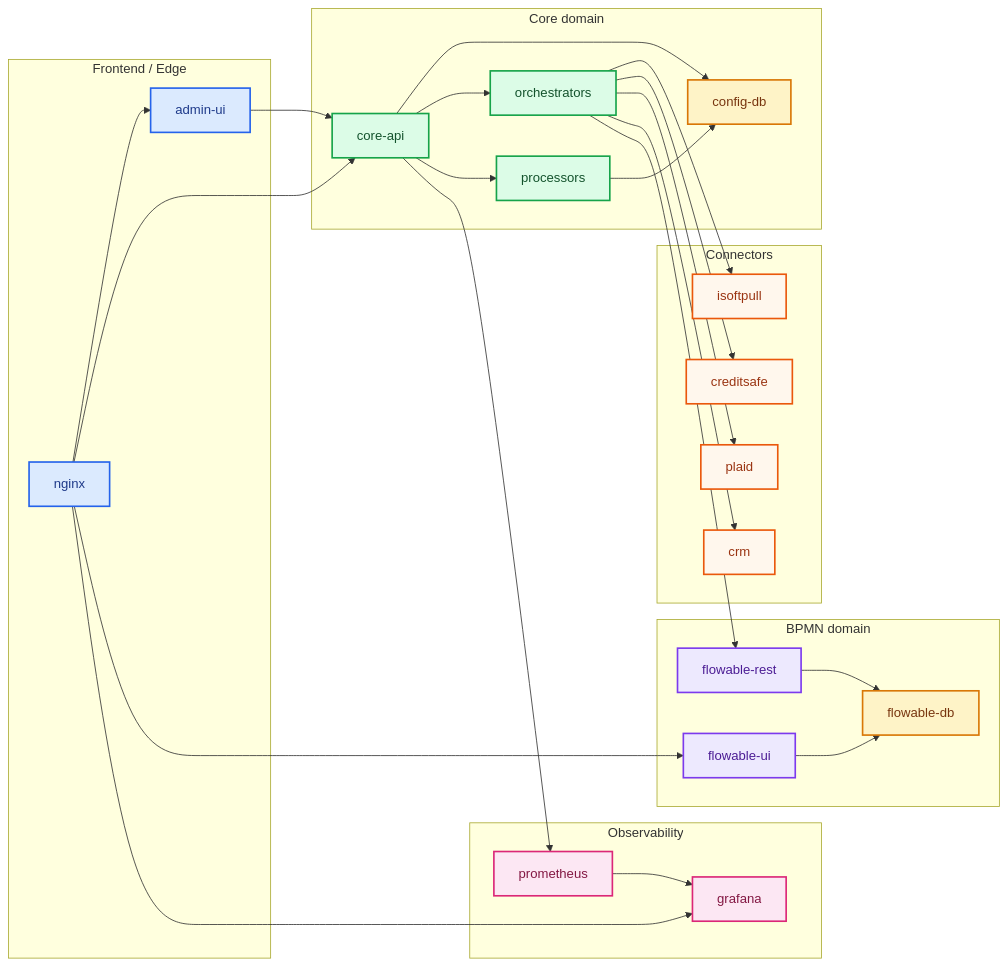
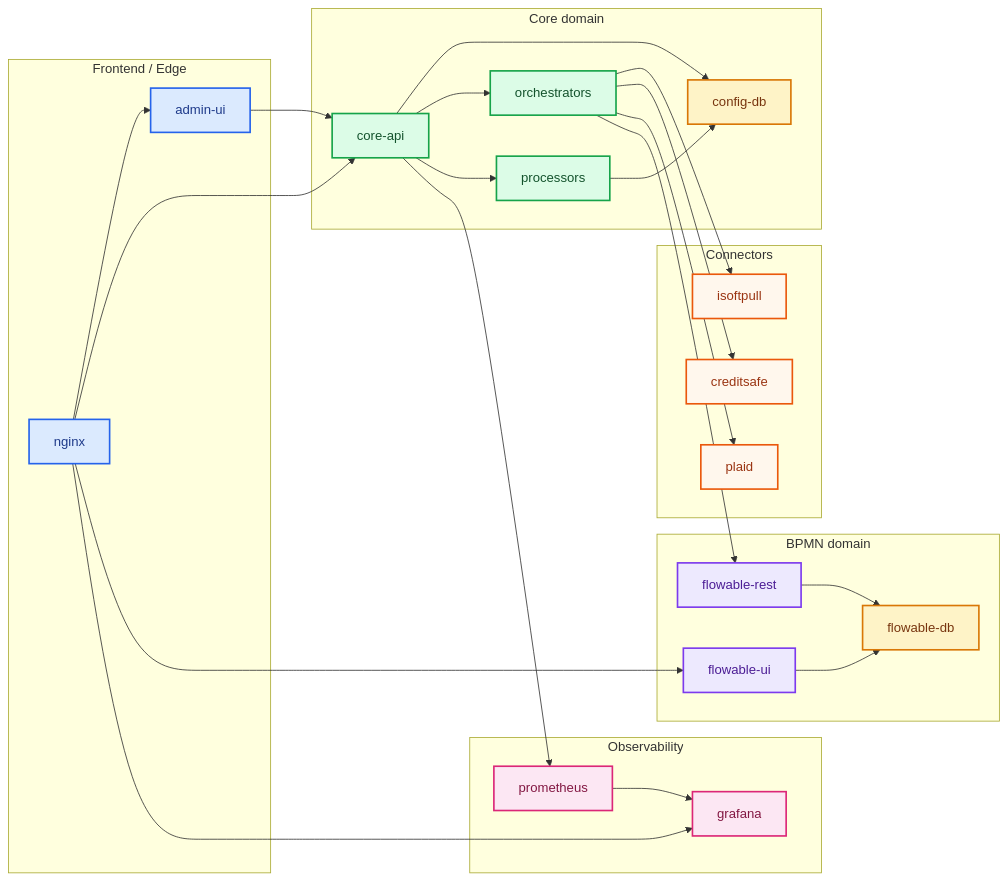
One commit to dlllmbeck777/bpmn_project changed the second of 4 diagrams in docs/ARCHITECTURE_TECHNICAL_RU.md. Above: the diagram before and after it, drawn with Mermaid. The commit also changed other lines of this file and 25 other files, not shown here.

````diff
--- a/docs/ARCHITECTURE_TECHNICAL_RU.md
+++ b/docs/ARCHITECTURE_TECHNICAL_RU.md
@@ -64,62 +64,60 @@
 ```mermaid
 flowchart LR
     classDef frontend fill:#dbeafe,stroke:#2563eb,color:#1e3a8a,stroke-width:2px;
     classDef backend fill:#dcfce7,stroke:#16a34a,color:#14532d,stroke-width:2px;
     classDef flow fill:#ede9fe,stroke:#7c3aed,color:#4c1d95,stroke-width:2px;
     classDef db fill:#fef3c7,stroke:#d97706,color:#78350f,stroke-width:2px;
     classDef ext fill:#fff7ed,stroke:#ea580c,color:#9a3412,stroke-width:2px;
     classDef obs fill:#fce7f3,stroke:#db2777,color:#831843,stroke-width:2px;
 
     subgraph Frontend["Frontend / Edge"]
         Nginx["nginx"]:::frontend
         Admin["admin-ui"]:::frontend
     end
 
     subgraph Backend["Core domain"]
         Core["core-api"]:::backend
         Orch["orchestrators"]:::backend
         Proc["processors"]:::backend
         ConfigDb["config-db"]:::db
     end
 
     subgraph Flowable["BPMN domain"]
         FlowableRest["flowable-rest"]:::flow
         FlowableUi["flowable-ui"]:::flow
         FlowableDb["flowable-db"]:::db
     end
 
     subgraph Integrations["Connectors"]
         Isoft["isoftpull"]:::ext
         Creditsafe["creditsafe"]:::ext
         Plaid["plaid"]:::ext
-        Crm["crm"]:::ext
     end
 
     subgraph Observability["Observability"]
         Prom["prometheus"]:::obs
         Graf["grafana"]:::obs
     end
 
     Nginx --> Admin
     Nginx --> Core
     Nginx --> FlowableUi
     Nginx --> Graf
 
     Admin --> Core
     Core --> ConfigDb
     Core --> Orch
     Core --> Proc
     Core --> Prom
 
     Orch --> Isoft
     Orch --> Creditsafe
     Orch --> Plaid
-    Orch --> Crm
     Orch --> FlowableRest
 
     Proc --> ConfigDb
 
     FlowableRest --> FlowableDb
     FlowableUi --> FlowableDb
     Prom --> Graf
 ```
````
